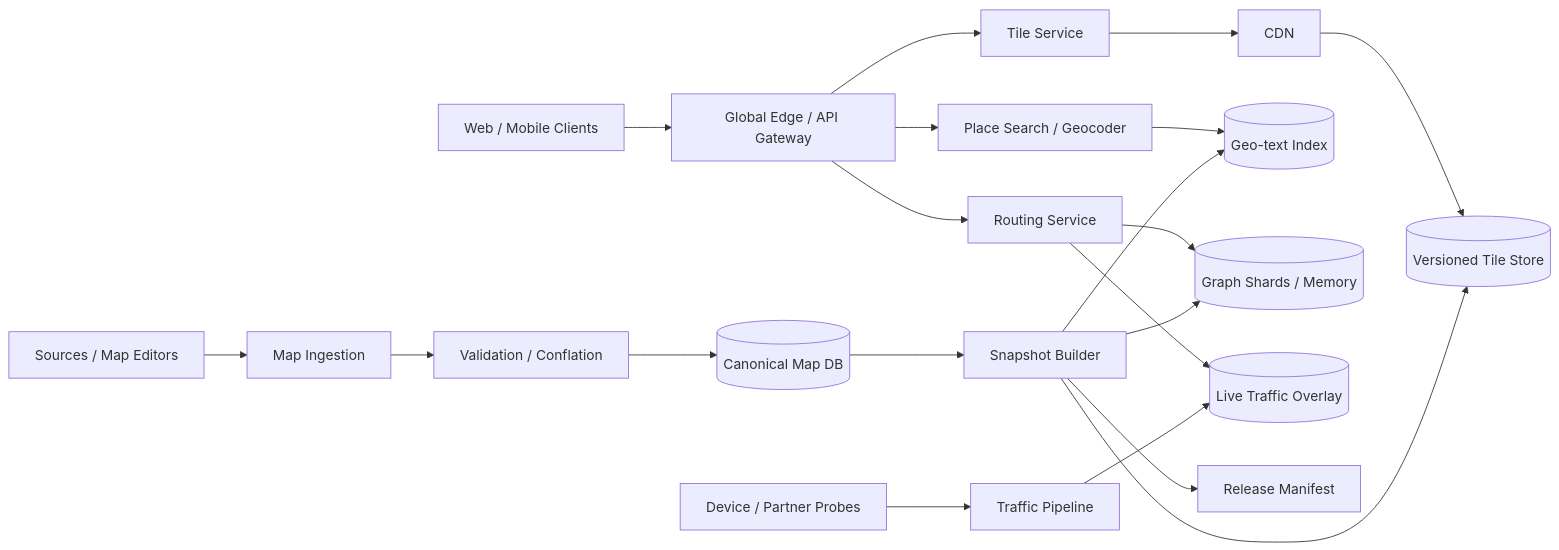
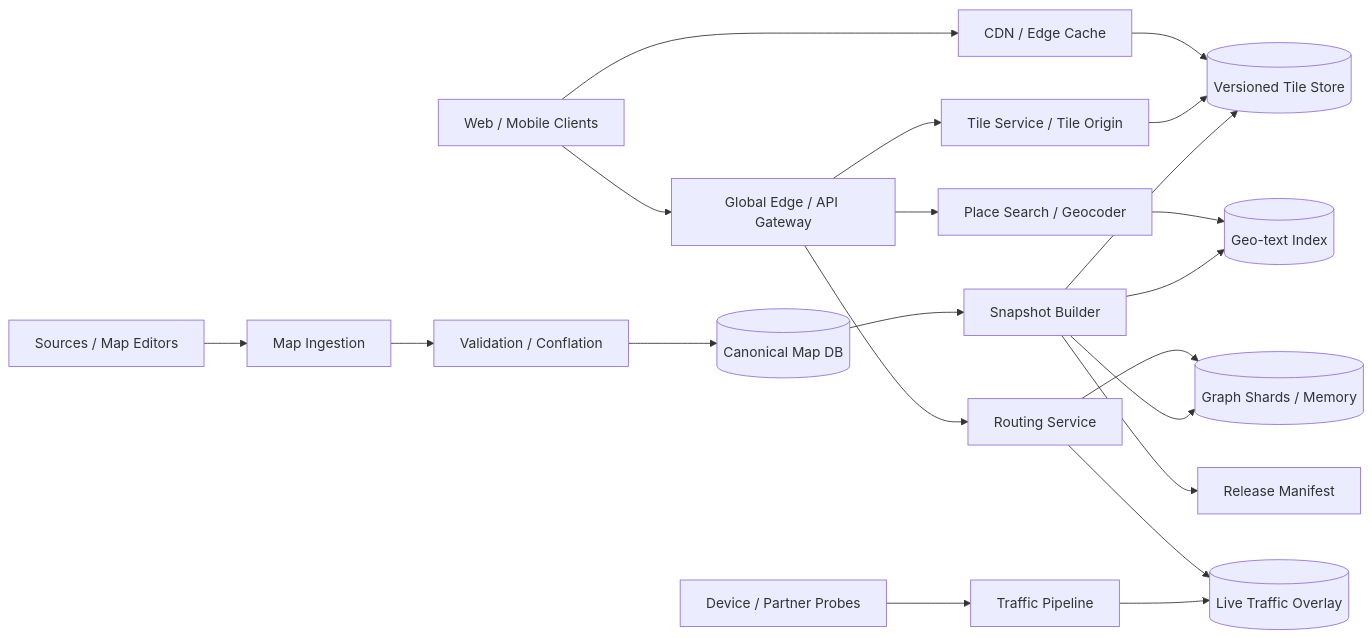
Before and after one commit to Pranshu258/system-design: the diagram in google-maps-system-design.md, drawn with Mermaid. The commit also changed other lines of this file and 23 other files, not shown here.

````diff
--- a/google-maps-system-design.md
+++ b/google-maps-system-design.md
@@ -41,22 +41,23 @@
 ```mermaid
 flowchart LR
-    APP[Web / Mobile Clients] --> EDGE[Global Edge / API Gateway]
-    EDGE --> TILE[Tile Service]
-    TILE --> CDN[CDN]
+    APP[Web / Mobile Clients] --> CDN[CDN / Edge Cache]
     CDN --> TSTORE[(Versioned Tile Store)]
+    APP --> EDGE[Global Edge / API Gateway]
+    EDGE --> TILE[Tile Service / Tile Origin]
+    TILE --> TSTORE
     EDGE --> SEARCH[Place Search / Geocoder]
     SEARCH --> SINDEX[(Geo-text Index)]
     EDGE --> ROUTE[Routing Service]
     ROUTE --> GSHARD[(Graph Shards / Memory)]
     ROUTE --> TRAFFIC[(Live Traffic Overlay)]
     PROBE[Device / Partner Probes] --> TPIPE[Traffic Pipeline]
     TPIPE --> TRAFFIC
     EDIT[Sources / Map Editors] --> ING[Map Ingestion]
     ING --> VALID[Validation / Conflation]
     VALID --> BASE[(Canonical Map DB)]
     BASE --> BUILD[Snapshot Builder]
     BUILD --> TSTORE
     BUILD --> SINDEX
     BUILD --> GSHARD
     BUILD --> MAN[Release Manifest]
 ```
````
